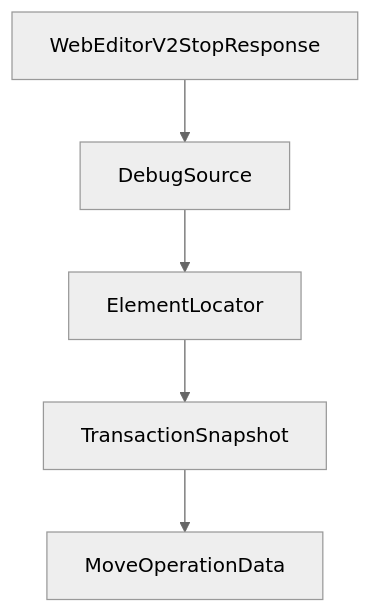
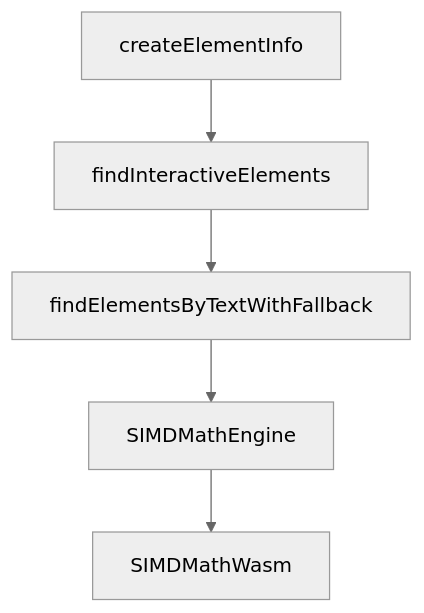
One commit to johnxie/awesome-code-docs changed the diagram in tutorials/mcp-chrome-tutorial/06-visual-editor-and-prompt-workflows.md. Above: the diagram before and after it, drawn with Mermaid (neutral theme). The commit also changed other lines of this file and 1232 other files, not shown here.

````diff
--- a/tutorials/mcp-chrome-tutorial/06-visual-editor-and-prompt-workflows.md
+++ b/tutorials/mcp-chrome-tutorial/06-visual-editor-and-prompt-workflows.md
@@ -211,12 +209,12 @@
 ```mermaid
 flowchart TD
-    A[WebEditorV2StopResponse]
-    B[DebugSource]
-    C[ElementLocator]
-    D[TransactionSnapshot]
-    E[MoveOperationData]
+    A[createElementInfo]
+    B[findInteractiveElements]
+    C[findElementsByTextWithFallback]
+    D[SIMDMathEngine]
+    E[SIMDMathWasm]
     A --> B
     B --> C
     C --> D
     D --> E
 ```
````
